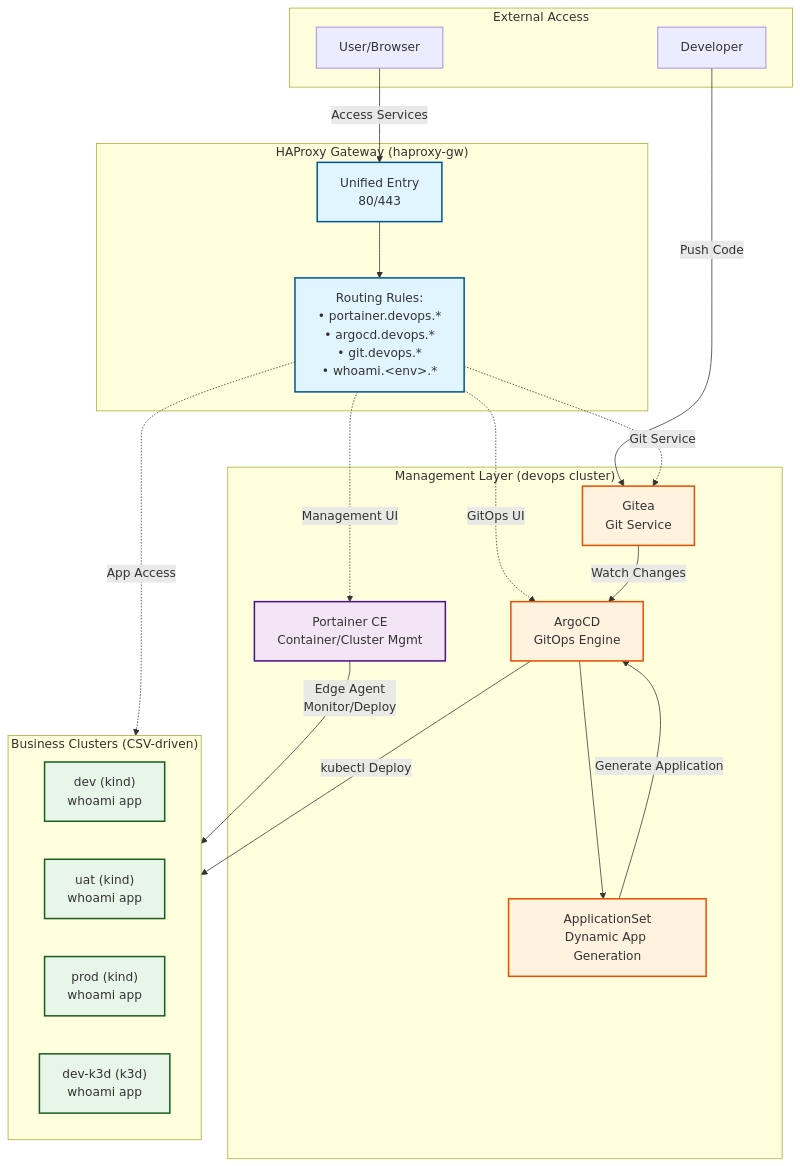
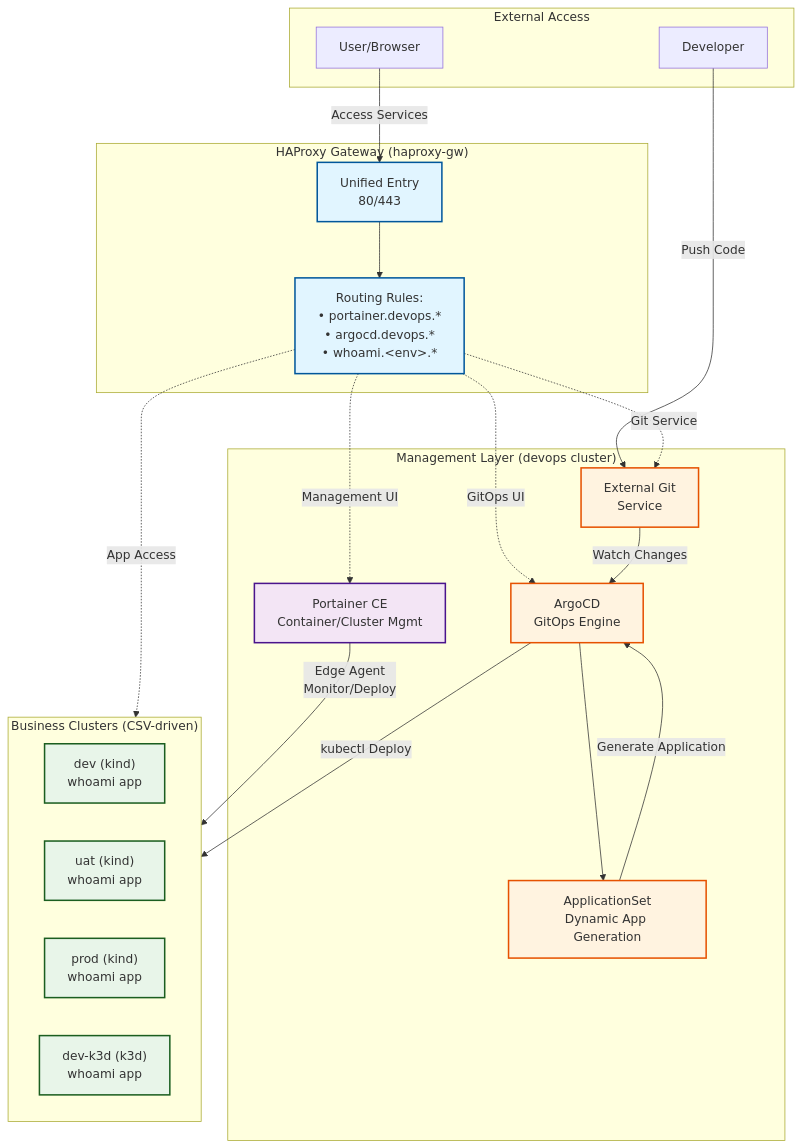
One commit to HofmannHe/Kindler changed the first of 2 diagrams in README.md. Above: the diagram before and after it, drawn with Mermaid. The commit also changed other lines of this file and 46 other files, not shown here.

````diff
--- a/README.md
+++ b/README.md
@@ -23,52 +24,52 @@
 ```mermaid
 graph TB
     subgraph External["External Access"]
         USER[User/Browser]
         DEV[Developer]
     end
 
     subgraph Gateway["HAProxy Gateway (haproxy-gw)"]
         HAP[Unified Entry<br/>80/443]
-        ROUTES["Routing Rules:<br/>• portainer.devops.*<br/>• argocd.devops.*<br/>• git.devops.*<br/>• whoami.&lt;env&gt;.*"]
+        ROUTES["Routing Rules:<br/>• portainer.devops.*<br/>• argocd.devops.*<br/>• whoami.&lt;env&gt;.*"]
     end
 
     subgraph Management["Management Layer (devops cluster)"]
         PORT[Portainer CE<br/>Container/Cluster Mgmt]
-        GITEA[Gitea<br/>Git Service]
+    GITSVC[External Git<br/>Service]
         ARGOCD[ArgoCD<br/>GitOps Engine]
         APPSET[ApplicationSet<br/>Dynamic App Generation]
     end
 
     subgraph Business["Business Clusters (CSV-driven)"]
         ENV1["dev (kind)<br/>whoami app"]
         ENV2["uat (kind)<br/>whoami app"]
         ENV3["prod (kind)<br/>whoami app"]
         ENV4["dev-k3d (k3d)<br/>whoami app"]
     end
 
     USER -->|Access Services| HAP
-    DEV -->|Push Code| GITEA
+    DEV -->|Push Code| GITSVC
 
     HAP --> ROUTES
     ROUTES -.->|Management UI| PORT
     ROUTES -.->|GitOps UI| ARGOCD
-    ROUTES -.->|Git Service| GITEA
+    ROUTES -.->|Git Service| GITSVC
     ROUTES -.->|App Access| Business
 
     PORT -->|Edge Agent<br/>Monitor/Deploy| Business
 
-    GITEA -->|Watch Changes| ARGOCD
+    GITSVC -->|Watch Changes| ARGOCD
     ARGOCD --> APPSET
     APPSET -->|Generate Application| ARGOCD
     ARGOCD -->|kubectl Deploy| Business
 
     classDef gateway fill:#e1f5ff,stroke:#01579b,stroke-width:2px
     classDef management fill:#f3e5f5,stroke:#4a148c,stroke-width:2px
     classDef business fill:#e8f5e9,stroke:#1b5e20,stroke-width:2px
     classDef gitops fill:#fff3e0,stroke:#e65100,stroke-width:2px
 
     class HAP,ROUTES gateway
     class PORT management
-    class GITEA,ARGOCD,APPSET gitops
+    class GITSVC,ARGOCD,APPSET gitops
     class ENV1,ENV2,ENV3,ENV4 business
 ```
````
